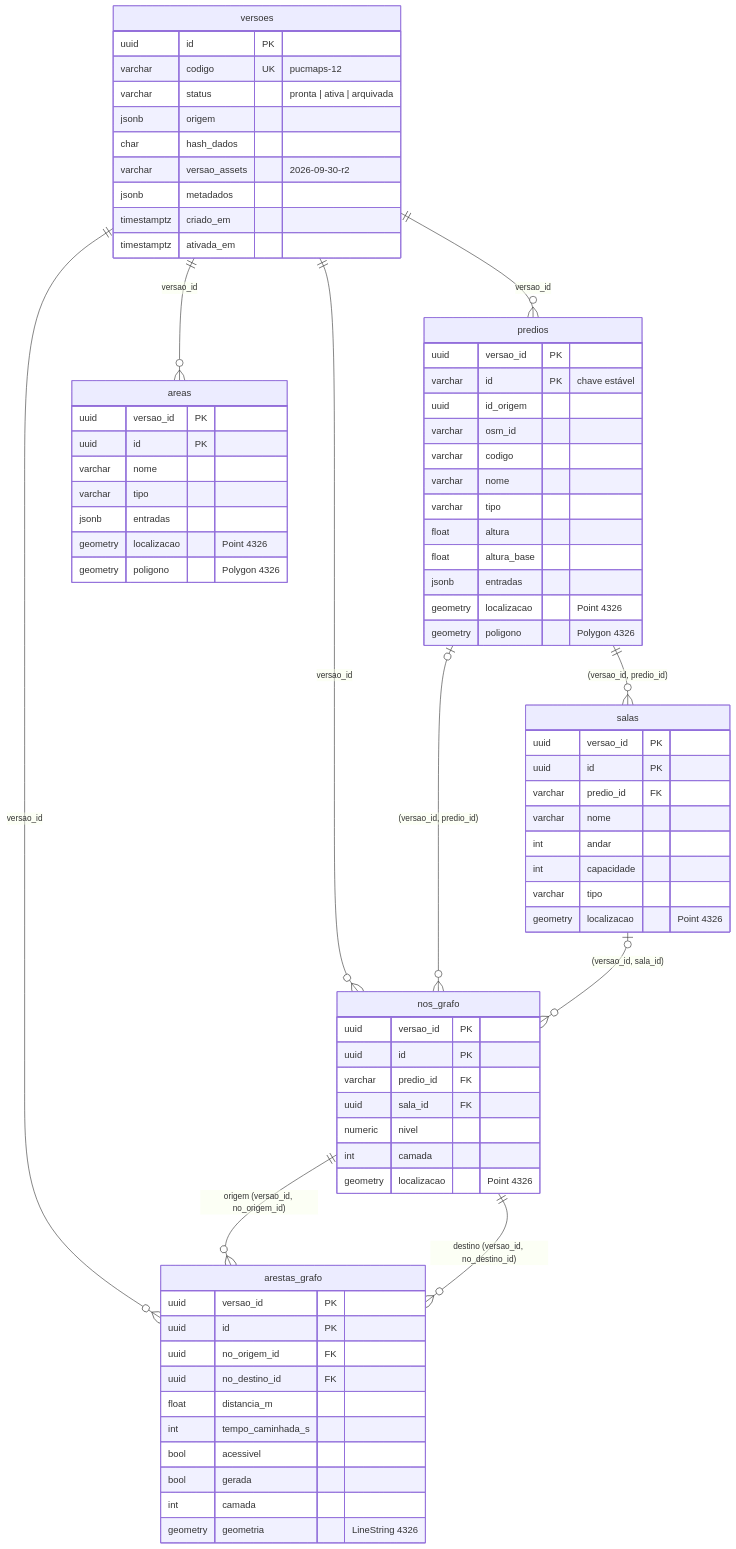
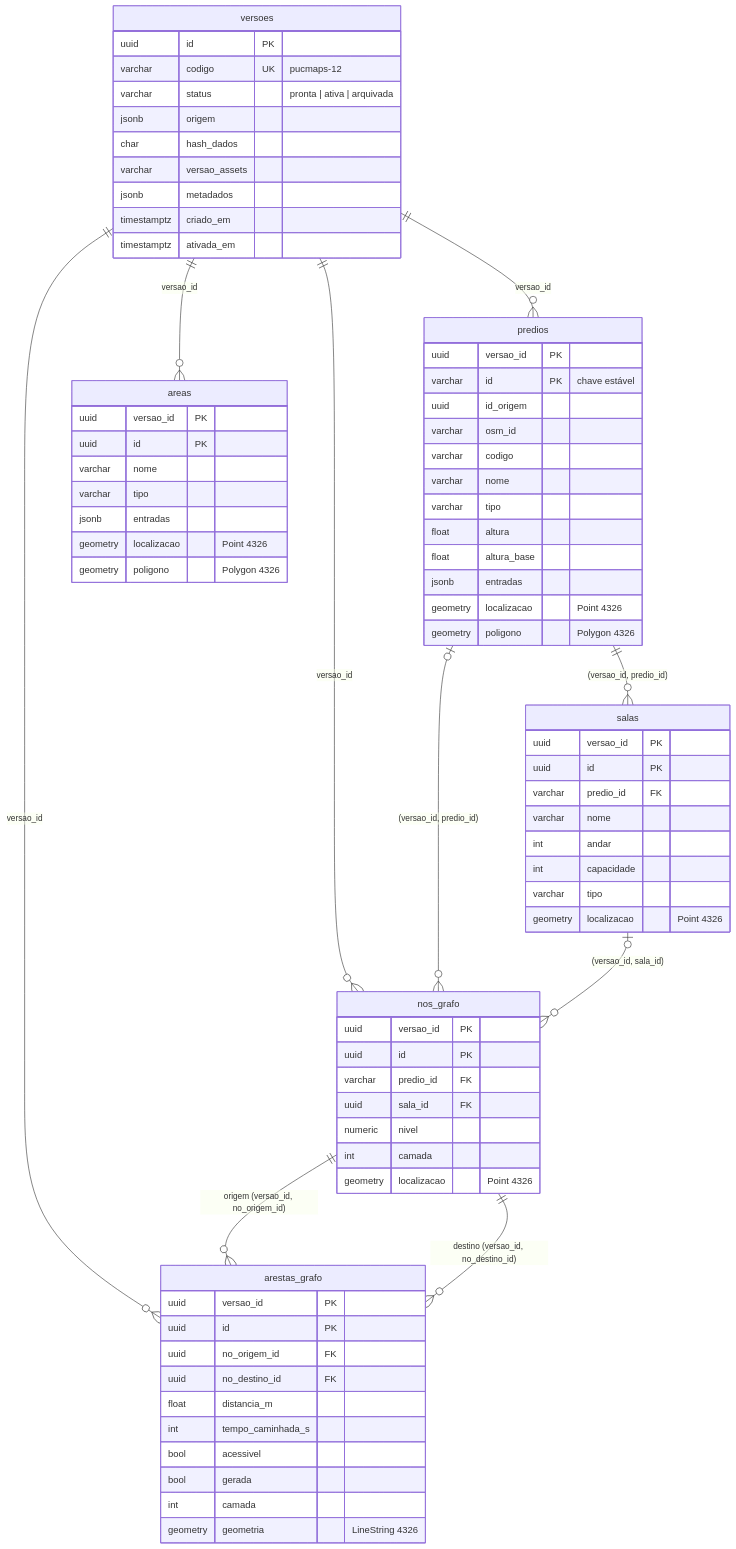
One commit to ICEI-PUC-Minas-PMGES-TI/pmg-es-2026-2-ti5-6904100-ajuda-ai changed the diagram in docs/tecnico/mapa/dados-geo.md. Above: the diagram before and after it, drawn with Mermaid. The commit also changed other lines of this file and 63 other files, not shown here.

````diff
--- a/docs/tecnico/mapa/dados-geo.md
+++ b/docs/tecnico/mapa/dados-geo.md
@@ -17,78 +10,78 @@
 ```mermaid
 erDiagram
     versoes ||--o{ predios : "versao_id"
     versoes ||--o{ areas : "versao_id"
     versoes ||--o{ nos_grafo : "versao_id"
     versoes ||--o{ arestas_grafo : "versao_id"
     predios ||--o{ salas : "(versao_id, predio_id)"
     predios |o--o{ nos_grafo : "(versao_id, predio_id)"
     salas |o--o{ nos_grafo : "(versao_id, sala_id)"
     nos_grafo ||--o{ arestas_grafo : "origem (versao_id, no_origem_id)"
     nos_grafo ||--o{ arestas_grafo : "destino (versao_id, no_destino_id)"
 
     versoes {
         uuid id PK
         varchar codigo UK "pucmaps-12"
         varchar status "pronta | ativa | arquivada"
         jsonb origem
         char hash_dados
-        varchar versao_assets "2026-09-30-r2"
+        varchar versao_assets
         jsonb metadados
         timestamptz criado_em
         timestamptz ativada_em
     }
     predios {
         uuid versao_id PK
         varchar id PK "chave estável"
         uuid id_origem
         varchar osm_id
         varchar codigo
         varchar nome
         varchar tipo
         float altura
         float altura_base
         jsonb entradas
         geometry localizacao "Point 4326"
         geometry poligono "Polygon 4326"
     }
     salas {
         uuid versao_id PK
         uuid id PK
         varchar predio_id FK
         varchar nome
         int andar
         int capacidade
         varchar tipo
         geometry localizacao "Point 4326"
     }
     areas {
         uuid versao_id PK
         uuid id PK
         varchar nome
         varchar tipo
         jsonb entradas
         geometry localizacao "Point 4326"
         geometry poligono "Polygon 4326"
     }
     nos_grafo {
         uuid versao_id PK
         uuid id PK
         varchar predio_id FK
         uuid sala_id FK
         numeric nivel
         int camada
         geometry localizacao "Point 4326"
     }
     arestas_grafo {
         uuid versao_id PK
         uuid id PK
         uuid no_origem_id FK
         uuid no_destino_id FK
         float distancia_m
         int tempo_caminhada_s
         bool acessivel
         bool gerada
         int camada
         geometry geometria "LineString 4326"
     }
 ```
````
